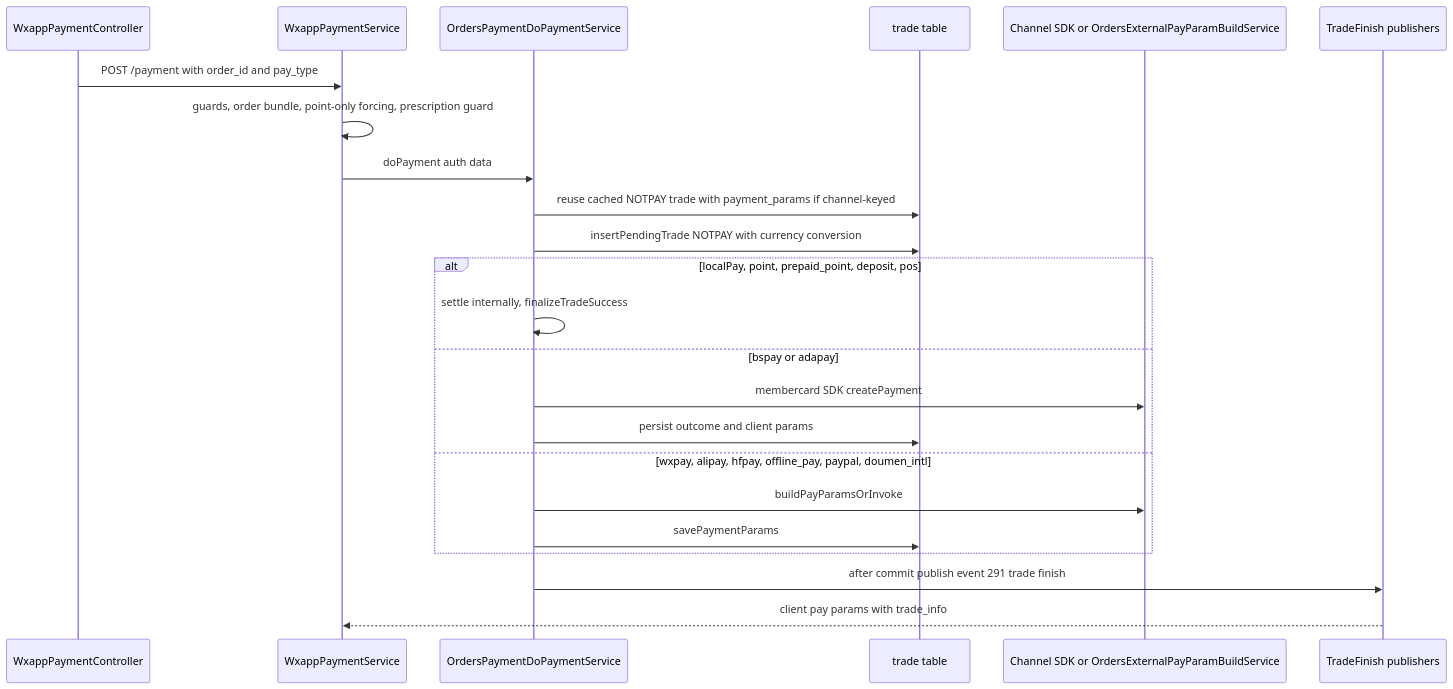
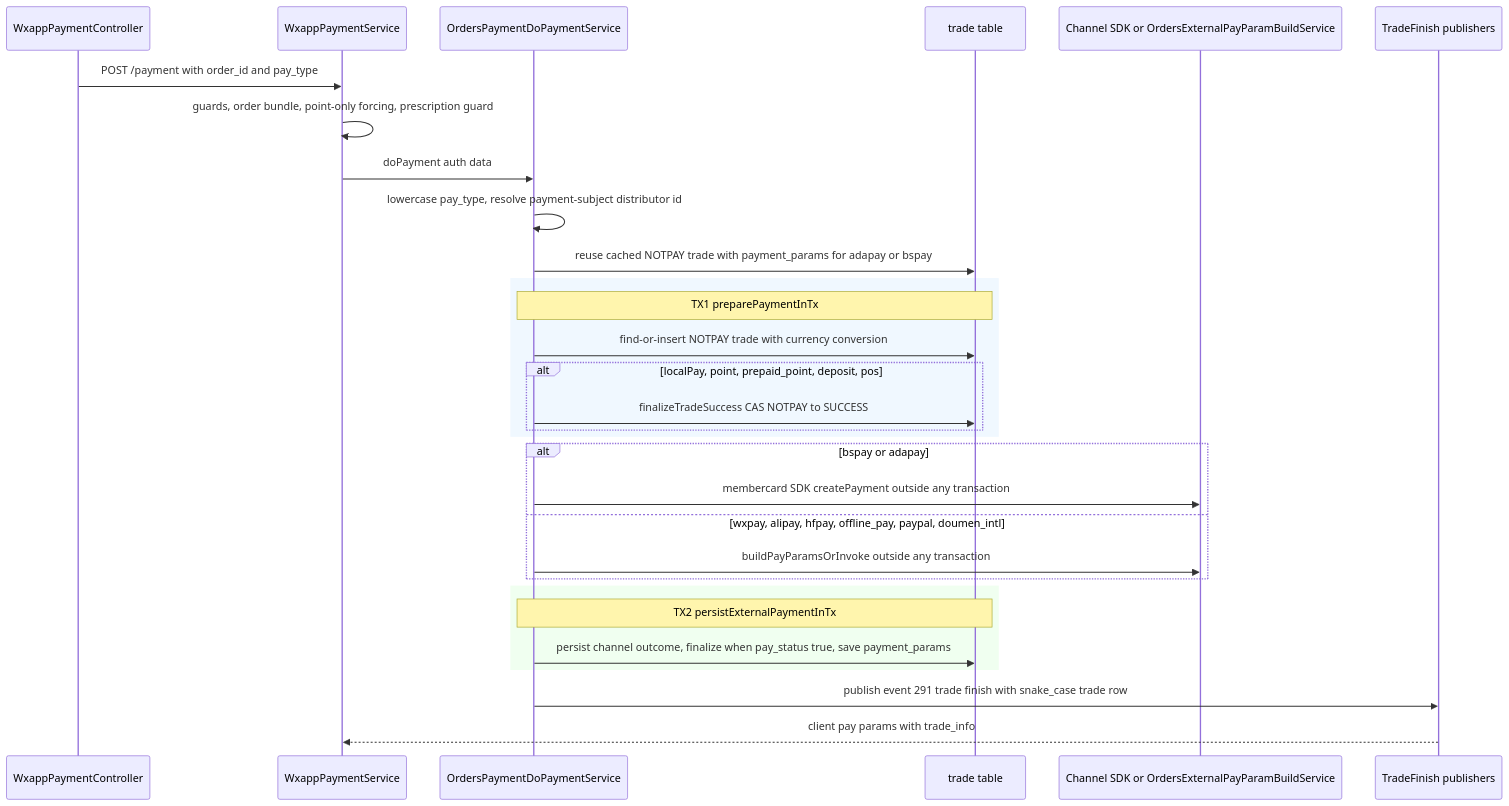
The fifth of 5 diagrams in openwiki/domains/orders.md (ShopeX/ECShopX-Java), drawn with Mermaid before and after one commit. The commit also changed other lines of this file and 78 other files, not shown here.

````diff
--- a/openwiki/domains/orders.md
+++ b/openwiki/domains/orders.md
@@ -447,26 +461,33 @@
 ```mermaid
 sequenceDiagram
     participant C as WxappPaymentController
     participant W as WxappPaymentService
     participant D as OrdersPaymentDoPaymentService
     participant T as trade table
     participant CH as Channel SDK or OrdersExternalPayParamBuildService
     participant P as TradeFinish publishers
 
     C->>W: POST /payment with order_id and pay_type
     W->>W: guards, order bundle, point-only forcing, prescription guard
     W->>D: doPayment auth data
-    D->>T: reuse cached NOTPAY trade with payment_params if channel-keyed
-    D->>T: insertPendingTrade NOTPAY with currency conversion
-    alt localPay, point, prepaid_point, deposit, pos
-        D->>D: settle internally, finalizeTradeSuccess
-    else bspay or adapay
-        D->>CH: membercard SDK createPayment
-        D->>T: persist outcome and client params
+    D->>D: lowercase pay_type, resolve payment-subject distributor id
+    D->>T: reuse cached NOTPAY trade with payment_params for adapay or bspay
+    rect rgb(240, 248, 255)
+        note over D,T: TX1 preparePaymentInTx
+        D->>T: find-or-insert NOTPAY trade with currency conversion
+        alt localPay, point, prepaid_point, deposit, pos
+            D->>T: finalizeTradeSuccess CAS NOTPAY to SUCCESS
+        end
+    end
+    alt bspay or adapay
+        D->>CH: membercard SDK createPayment outside any transaction
     else wxpay, alipay, hfpay, offline_pay, paypal, doumen_intl
-        D->>CH: buildPayParamsOrInvoke
-        D->>T: savePaymentParams
+        D->>CH: buildPayParamsOrInvoke outside any transaction
     end
-    D->>P: after commit publish event 291 trade finish
+    rect rgb(240, 255, 240)
+        note over D,T: TX2 persistExternalPaymentInTx
+        D->>T: persist channel outcome, finalize when pay_status true, save payment_params
+    end
+    D->>P: publish event 291 trade finish with snake_case trade row
     P-->>W: client pay params with trade_info
 ```
````
